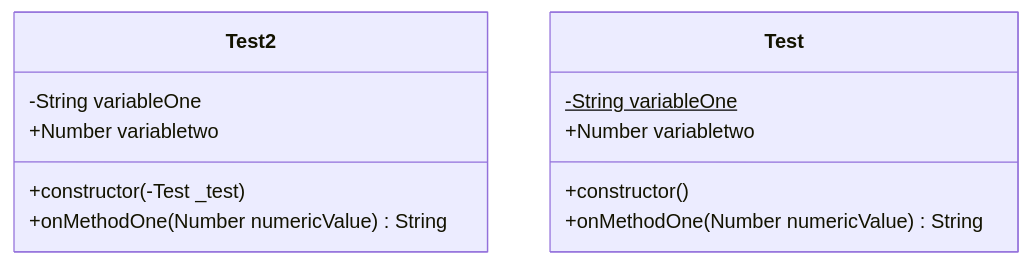
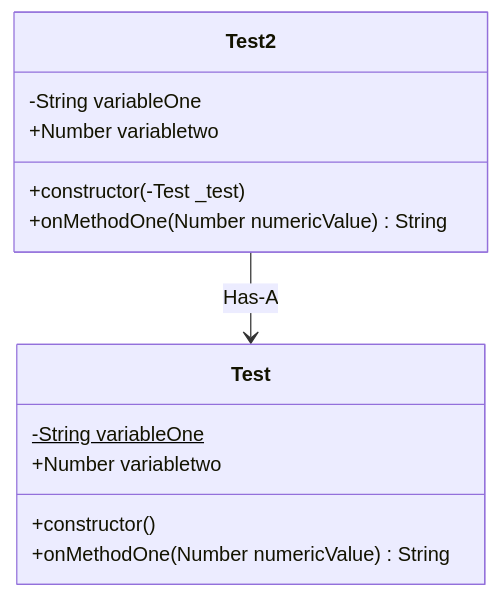
The diagram in structure.md (oscarludick/mermaid-parser), drawn with Mermaid before and after one commit. The commit also changed 1 other file, not shown here.

Commit message:
reafactor(parsers): mermaid relations

````diff
--- a/structure.md
+++ b/structure.md
@@ -1,14 +1,15 @@
 ```mermaid
 classDiagram
 class Test2
 class Test
 Test : -String variableOne$
 Test : +Number variabletwo
 Test : +constructor()
 Test : +onMethodOne(Number numericValue) String
 Test2 : -String variableOne
 Test2 : +Number variabletwo
 Test2 : +constructor(-Test _test)
 Test2 : +onMethodOne(Number numericValue) String
 
+Test2 -->  Test: Has-A
 ```
````
